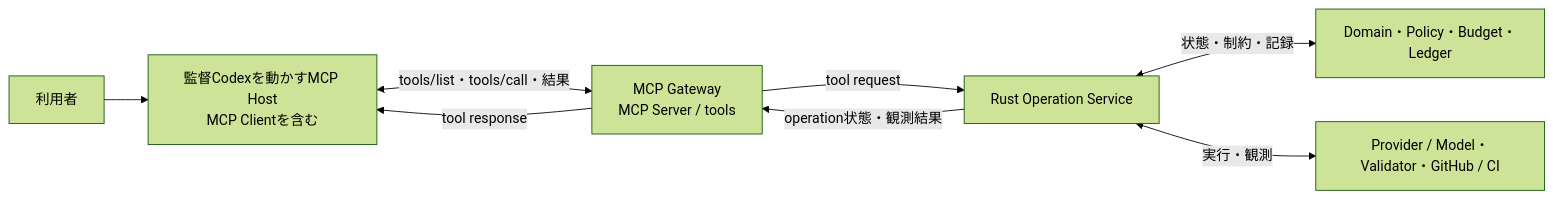
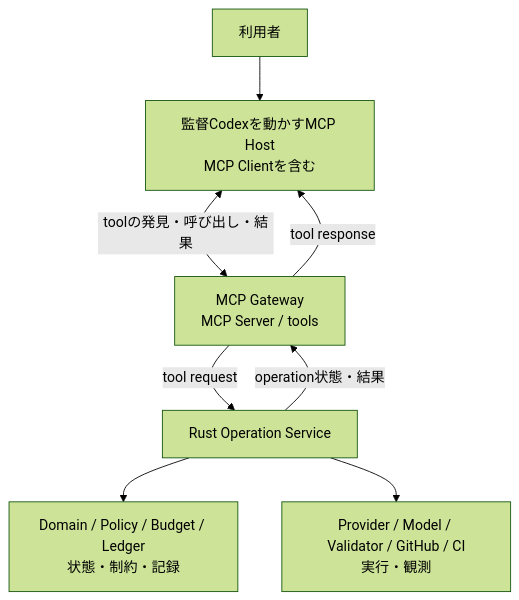
One commit to satokenn/AI-dev-orchestrator changed the diagram in docs/mcp-operation-contract.md. Above: the diagram before and after it, drawn with Mermaid (forest theme).

Commit message:
docs: 接続図を読みやすく整理

````diff
--- a/docs/mcp-operation-contract.md
+++ b/docs/mcp-operation-contract.md
@@ -11,10 +11,11 @@
 ```mermaid
-flowchart LR
+flowchart TB
     User[利用者] --> Host[監督Codexを動かすMCP Host<br/>MCP Clientを含む]
-    Host <-->|tools/list・tools/call・結果| Gateway[MCP Gateway<br/>MCP Server / tools]
+    Host <-->|toolの発見・呼び出し・結果| Gateway[MCP Gateway<br/>MCP Server / tools]
     Gateway -->|tool request| Service[Rust Operation Service]
-    Service <-->|状態・制約・記録| Store[Domain・Policy・Budget・Ledger]
-    Service <-->|実行・観測| Workers[Provider / Model・Validator・GitHub / CI]
-    Service -->|operation状態・観測結果| Gateway
+    Service -->|operation状態・結果| Gateway
     Gateway -->|tool response| Host
+
+    Service --> Store[Domain / Policy / Budget / Ledger<br/>状態・制約・記録]
+    Service --> Workers[Provider / Model / Validator / GitHub / CI<br/>実行・観測]
 ```
````
